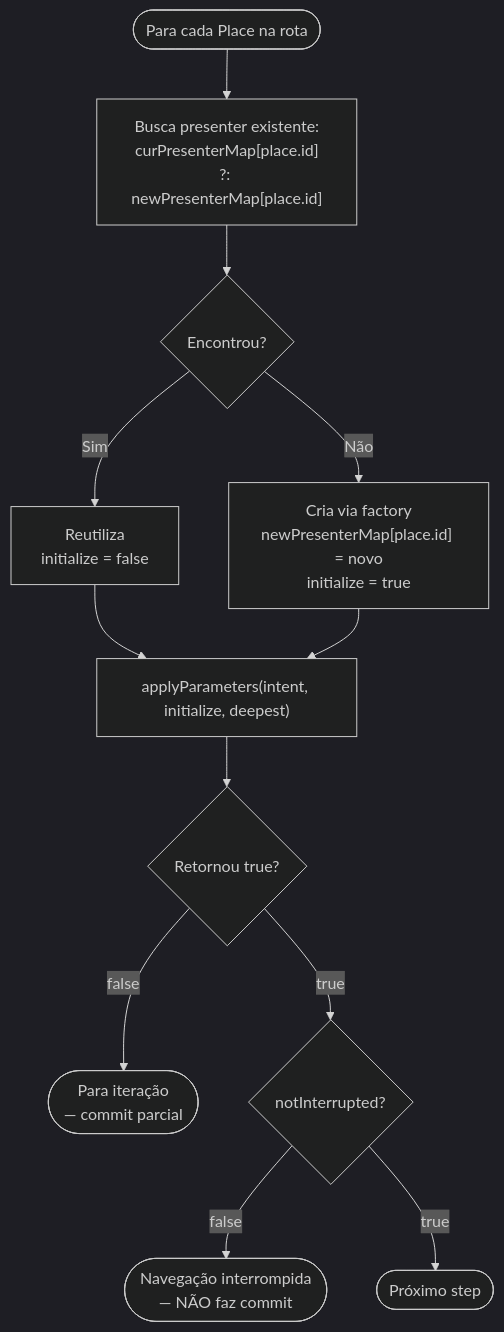
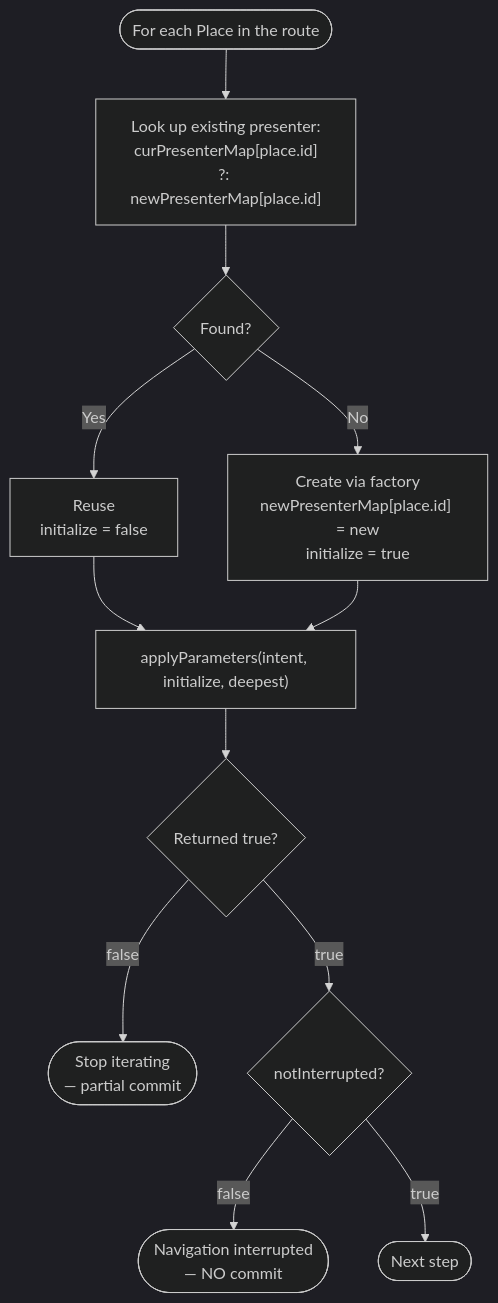
Before and after one commit to mrcdom/wdc-cube-kotlin: the second of 19 diagrams in docs/architecture-cube.md, drawn with Mermaid (dark theme). The commit also changed other lines of this file and 10 other files, not shown here.

First line of the commit message:
docs: architecture docs and top-level READMEs in US English

````diff
--- a/docs/architecture-cube.md
+++ b/docs/architecture-cube.md
@@ -216,14 +216,14 @@
 ```mermaid
 flowchart TD
-    START([Para cada Place na rota]) --> LOOKUP["Busca presenter existente:\ncurPresenterMap[place.id]\n?: newPresenterMap[place.id]"]
-    LOOKUP --> FOUND{Encontrou?}
-    FOUND -->|Sim| REUSE["Reutiliza\ninitialize = false"]
-    FOUND -->|Não| CREATE["Cria via factory\nnewPresenterMap[place.id] = novo\ninitialize = true"]
+    START([For each Place in the route]) --> LOOKUP["Look up existing presenter:\ncurPresenterMap[place.id]\n?: newPresenterMap[place.id]"]
+    LOOKUP --> FOUND{Found?}
+    FOUND -->|Yes| REUSE["Reuse\ninitialize = false"]
+    FOUND -->|No| CREATE["Create via factory\nnewPresenterMap[place.id] = new\ninitialize = true"]
     REUSE --> APPLY["applyParameters(intent, initialize, deepest)"]
     CREATE --> APPLY
-    APPLY --> GOAHEAD{Retornou true?}
-    GOAHEAD -->|false| STOP_PARTIAL(["Para iteração\n— commit parcial"])
+    APPLY --> GOAHEAD{Returned true?}
+    GOAHEAD -->|false| STOP_PARTIAL(["Stop iterating\n— partial commit"])
     GOAHEAD -->|true| INTERRUPTED{notInterrupted?}
-    INTERRUPTED -->|false| STOP_INTERRUPT(["Navegação interrompida\n— NÃO faz commit"])
-    INTERRUPTED -->|true| NEXT([Próximo step])
+    INTERRUPTED -->|false| STOP_INTERRUPT(["Navigation interrupted\n— NO commit"])
+    INTERRUPTED -->|true| NEXT([Next step])
 ```
````
